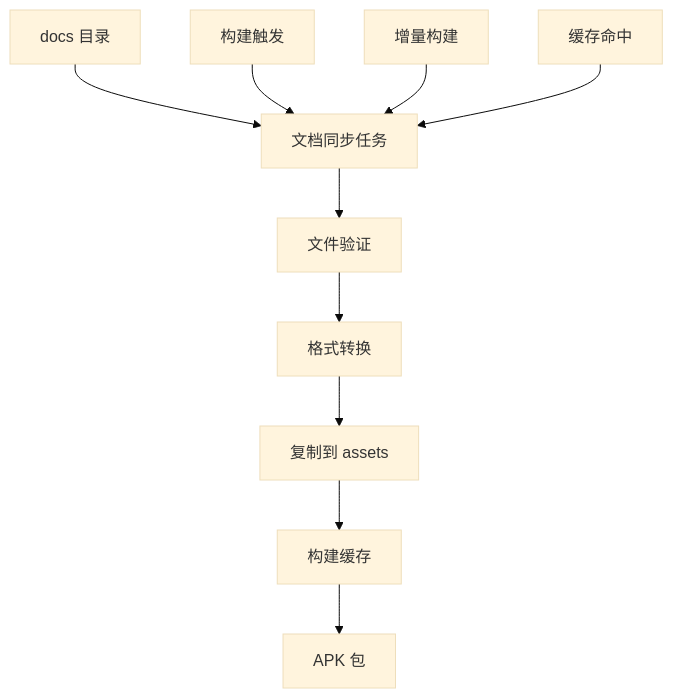
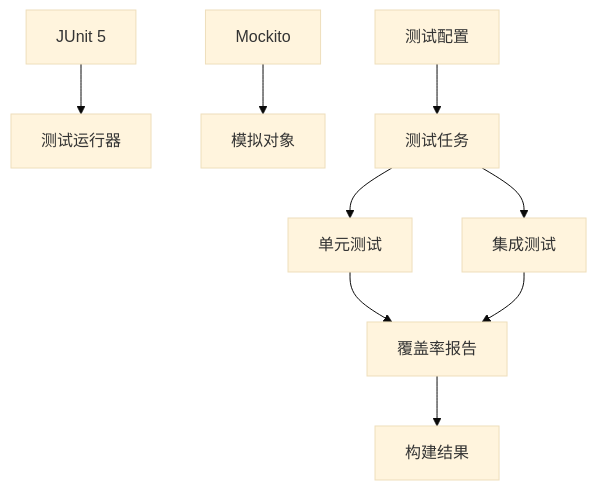
Before and after one commit to qiaodashaoye/ziyou-ime: the third of 4 diagrams in .qoder/repowiki/zh/content/部署与构建/Gradle 构建配置.md, drawn with Mermaid (base theme). The commit also changed other lines of this file and 14 other files, not shown here.

````diff
--- a/.qoder/repowiki/zh/content/部署与构建/Gradle 构建配置.md
+++ b/.qoder/repowiki/zh/content/部署与构建/Gradle 构建配置.md
@@ -220,12 +240,11 @@
 ```mermaid
 flowchart TD
-A[docs 目录] --> B[文档同步任务]
-B --> C[文件验证]
-C --> D[格式转换]
-D --> E[复制到 assets]
-E --> F[构建缓存]
-F --> G[APK 包]
-H[构建触发] --> B
-I[增量构建] --> B
-J[缓存命中] --> B
+A[JUnit 5] --> B[测试运行器]
+C[Mockito] --> D[模拟对象]
+E[测试配置] --> F[测试任务]
+F --> G[单元测试]
+F --> H[集成测试]
+G --> I[覆盖率报告]
+H --> I
+I --> J[构建结果]
 ```
````
